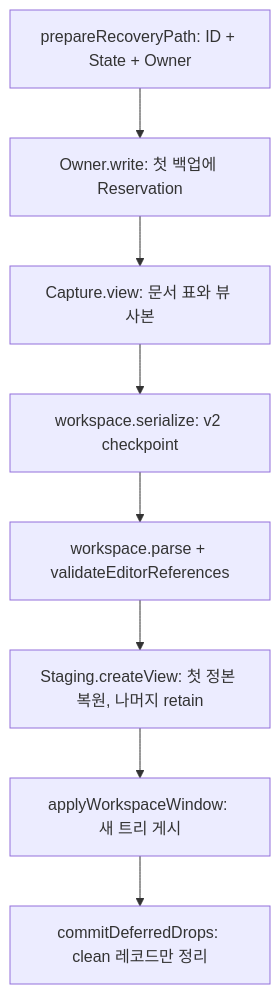
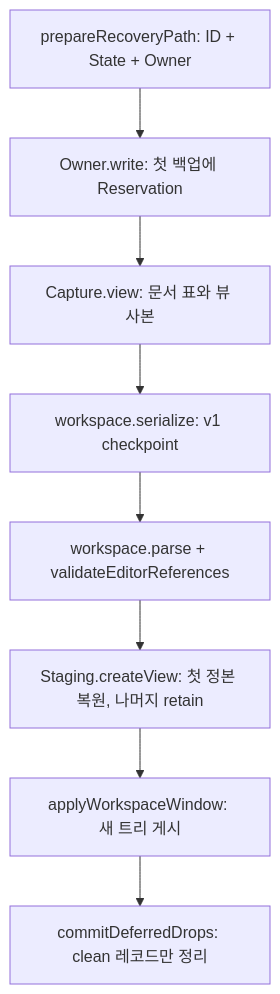
The diagram in docs/plans/editor-recovery-integration.md (ohah/maru), drawn with Mermaid before and after one commit. The commit also changed other lines of this file and 2 other files, not shown here.

First line of the commit message:
docs(workspace): 「헤더를 v2 로 올린다」·「하위 호환을 고려하지 않는다」 잔여 문구를 헤더 정책으로 돌린다

````diff
--- a/docs/plans/editor-recovery-integration.md
+++ b/docs/plans/editor-recovery-integration.md
@@ -28,10 +28,10 @@
 ```mermaid
 flowchart TD
   P["prepareRecoveryPath: ID + State + Owner"] --> W["Owner.write: 첫 백업에 Reservation"]
   W --> C["Capture.view: 문서 표와 뷰 사본"]
-  C --> S["workspace.serialize: v2 checkpoint"]
+  C --> S["workspace.serialize: v1 checkpoint"]
   S --> V["workspace.parse + validateEditorReferences"]
   V --> R["Staging.createView: 첫 정본 복원, 나머지 retain"]
   R --> A["applyWorkspaceWindow: 새 트리 게시"]
   A --> D["commitDeferredDrops: clean 레코드만 정리"]
 ```
````
